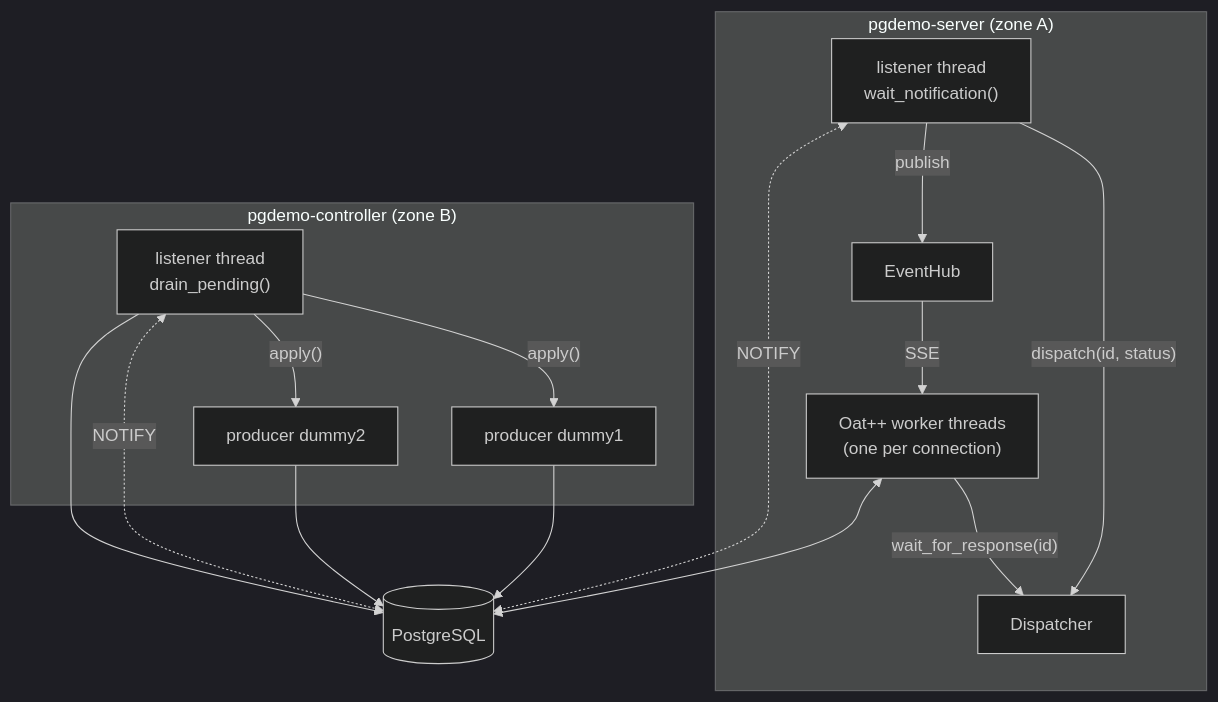
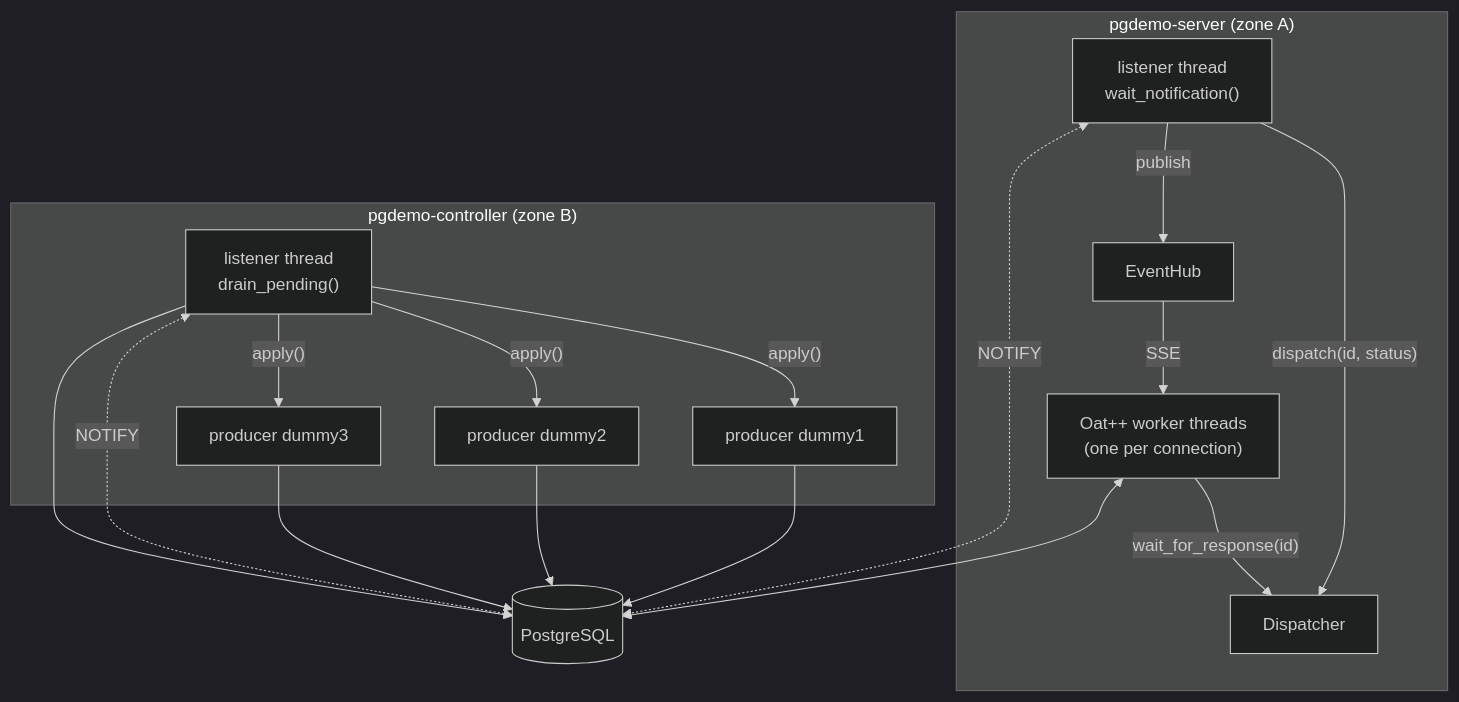
Before and after one commit to jgmatu/postgresql: the first of 4 diagrams in docs/ARCHITECTURE.md, drawn with Mermaid (dark theme). The commit also changed other lines of this file and 23 other files, not shown here.

````diff
--- a/docs/ARCHITECTURE.md
+++ b/docs/ARCHITECTURE.md
@@ -29,27 +29,30 @@
 ```mermaid
 flowchart TB
     subgraph S["pgdemo-server (zone A)"]
         HTTP["Oat++ worker threads<br/>(one per connection)"]
         SL["listener thread<br/>wait_notification()"]
         D["Dispatcher"]
         H["EventHub"]
         HTTP -- "wait_for_response(id)" --> D
         SL -- "dispatch(id, status)" --> D
         SL -- "publish" --> H
         H -- "SSE" --> HTTP
     end
     subgraph C["pgdemo-controller (zone B)"]
         P1["producer dummy1"]
         P2["producer dummy2"]
+        P3["producer dummy3"]
         CL["listener thread<br/>drain_pending()"]
         CL -- "apply()" --> P1
         CL -- "apply()" --> P2
+        CL -- "apply()" --> P3
     end
     PG[("PostgreSQL")]
     HTTP <--> PG
     SL <-. "NOTIFY" .-> PG
     P1 --> PG
     P2 --> PG
+    P3 --> PG
     CL <-. "NOTIFY" .-> PG
     CL --> PG
 ```
````
